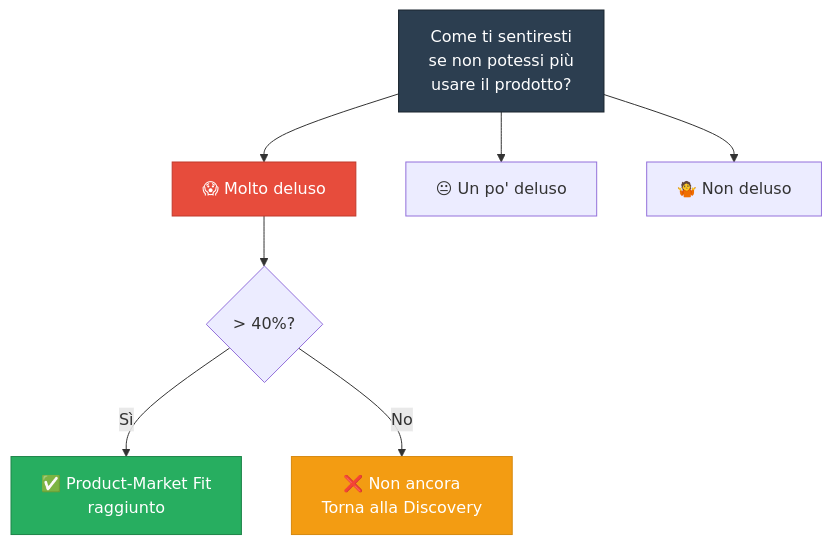
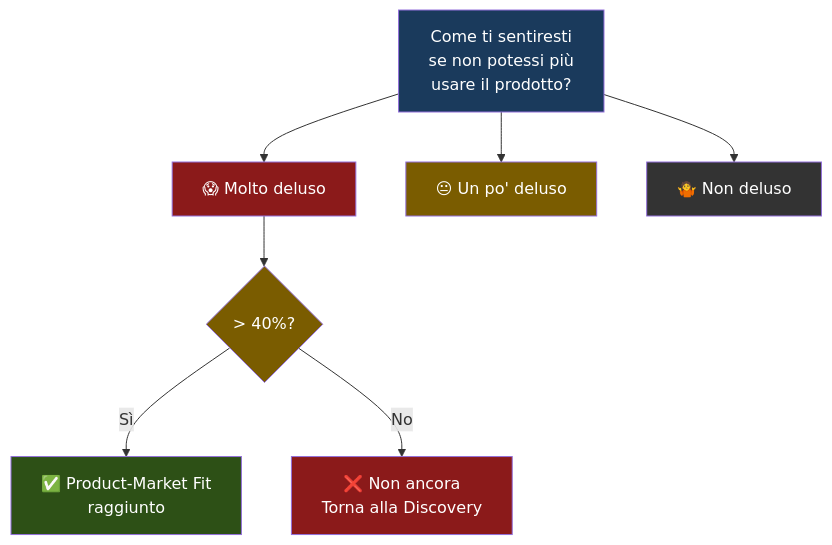
Before and after one commit to AndreyBertasini/gynnitech: the first of 5 diagrams in src/content/corso/analisi-prodotto/product-market-fit.mdx, drawn with Mermaid. The commit also changed other lines of this file and 21 other files, not shown here.

First line of the commit message:
style: applica color scheme semantico a tutti i diagrammi Mermaid del corso

````diff
--- a/src/content/corso/analisi-prodotto/product-market-fit.mdx
+++ b/src/content/corso/analisi-prodotto/product-market-fit.mdx
@@ -30,13 +30,16 @@
 ```mermaid
 graph TD
     Q["Come ti sentiresti\nse non potessi più\nusare il prodotto?"] --> A["😱 Molto deluso"]
     Q --> B["😐 Un po' deluso"]
     Q --> C["🤷 Non deluso"]
     A --> CHECK{"> 40%?"}
     CHECK -->|"Sì"| PMF["✅ Product-Market Fit\nraggiunto"]
     CHECK -->|"No"| NOPMF["❌ Non ancora\nTorna alla Discovery"]
-    style Q fill:#2c3e50,stroke:#1a252f,color:#fff
-    style A fill:#e74c3c,stroke:#c0392b,color:#fff
-    style PMF fill:#27ae60,stroke:#1e8449,color:#fff
-    style NOPMF fill:#f39c12,stroke:#d68910,color:#fff
+    style Q fill:#1a3a5c,color:#ffffff
+    style A fill:#8b1a1a,color:#ffffff
+    style B fill:#7a5c00,color:#ffffff
+    style C fill:#333333,color:#ffffff
+    style CHECK fill:#7a5c00,color:#ffffff
+    style PMF fill:#2d5016,color:#ffffff
+    style NOPMF fill:#8b1a1a,color:#ffffff
 ```
````
